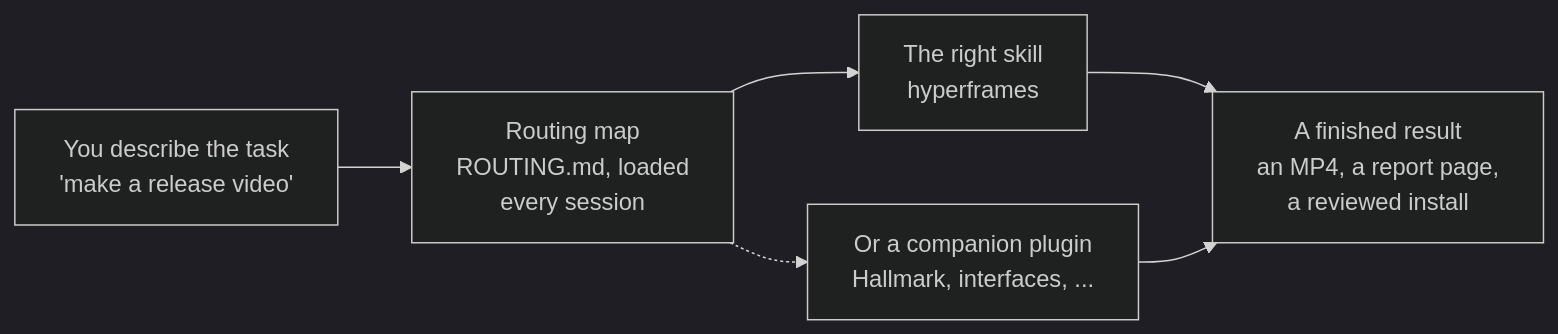
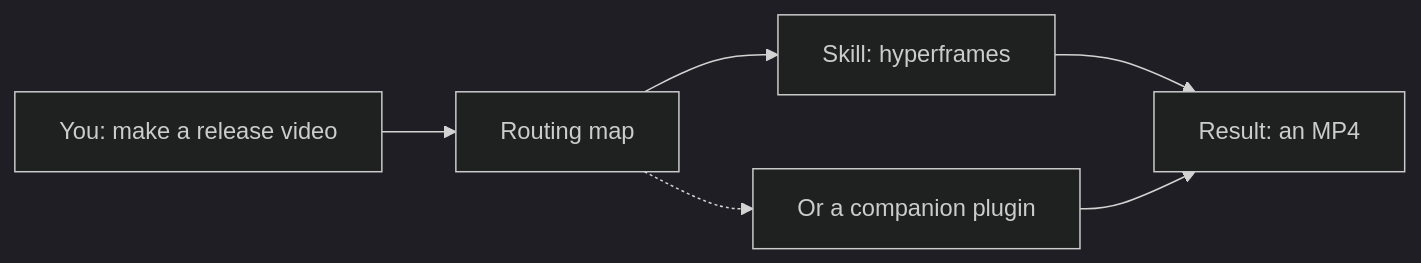
The diagram in README.md (Makkov-design/makkov-harness), drawn with Mermaid (dark theme) before and after one commit.

Commit message:
README: shorter labels in the routing diagram

````diff
--- a/README.md
+++ b/README.md
@@ -40,8 +40,8 @@
 ```mermaid
 flowchart LR
-    A["You describe the task<br/>'make a release video'"] --> B["Routing map<br/>ROUTING.md, loaded<br/>every session"]
-    B --> C["The right skill<br/>hyperframes"]
-    B -.-> D["Or a companion plugin<br/>Hallmark, interfaces, ..."]
-    C --> E["A finished result<br/>an MP4, a report page,<br/>a reviewed install"]
+    A["You: make a release video"] --> B["Routing map"]
+    B --> C["Skill: hyperframes"]
+    B -.-> D["Or a companion plugin"]
+    C --> E["Result: an MP4"]
     D --> E
 ```
````
